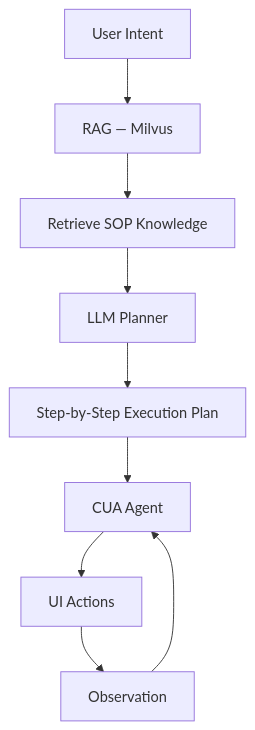
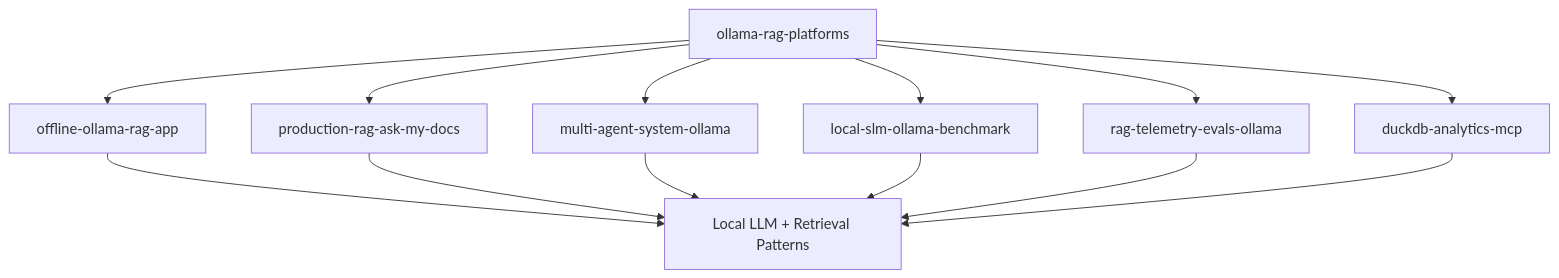
The second of 3 diagrams in README.md (pypi-ahmad/pypi-ahmad), drawn with Mermaid before and after one commit. The commit also changed other lines of this file, not shown here.

````diff
--- a/README.md
+++ b/README.md
@@ -235,11 +219,15 @@
 ```mermaid
 graph TD;
-    A[User Intent] --> B[RAG — Milvus];
-    B --> C[Retrieve SOP Knowledge];
-    C --> D[LLM Planner];
-    D --> E[Step-by-Step Execution Plan];
-    E --> F[CUA Agent];
-    F --> G[UI Actions];
-    G --> H[Observation];
-    H --> F;
+    A[ollama-rag-platforms] --> B[offline-ollama-rag-app]
+    A --> C[production-rag-ask-my-docs]
+    A --> D[multi-agent-system-ollama]
+    A --> E[local-slm-ollama-benchmark]
+    A --> F[rag-telemetry-evals-ollama]
+    A --> G[duckdb-analytics-mcp]
+    B --> H[Local LLM + Retrieval Patterns]
+    C --> H
+    D --> H
+    E --> H
+    F --> H
+    G --> H
 ```
````
